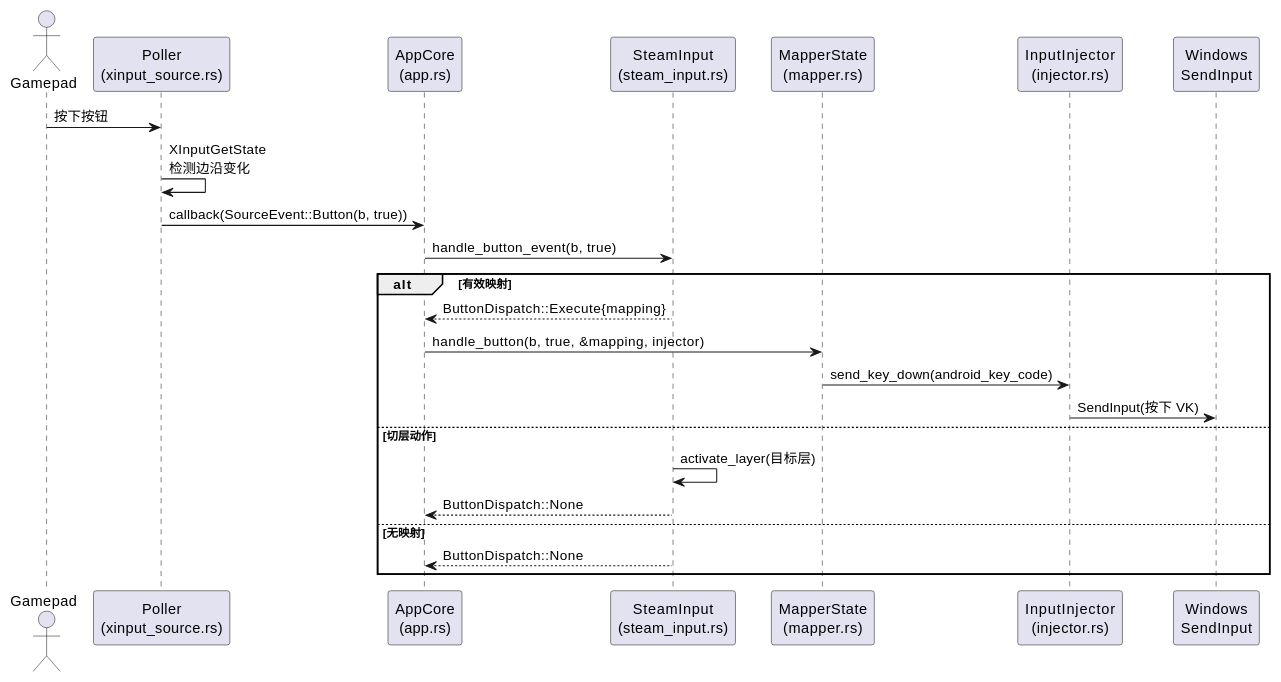
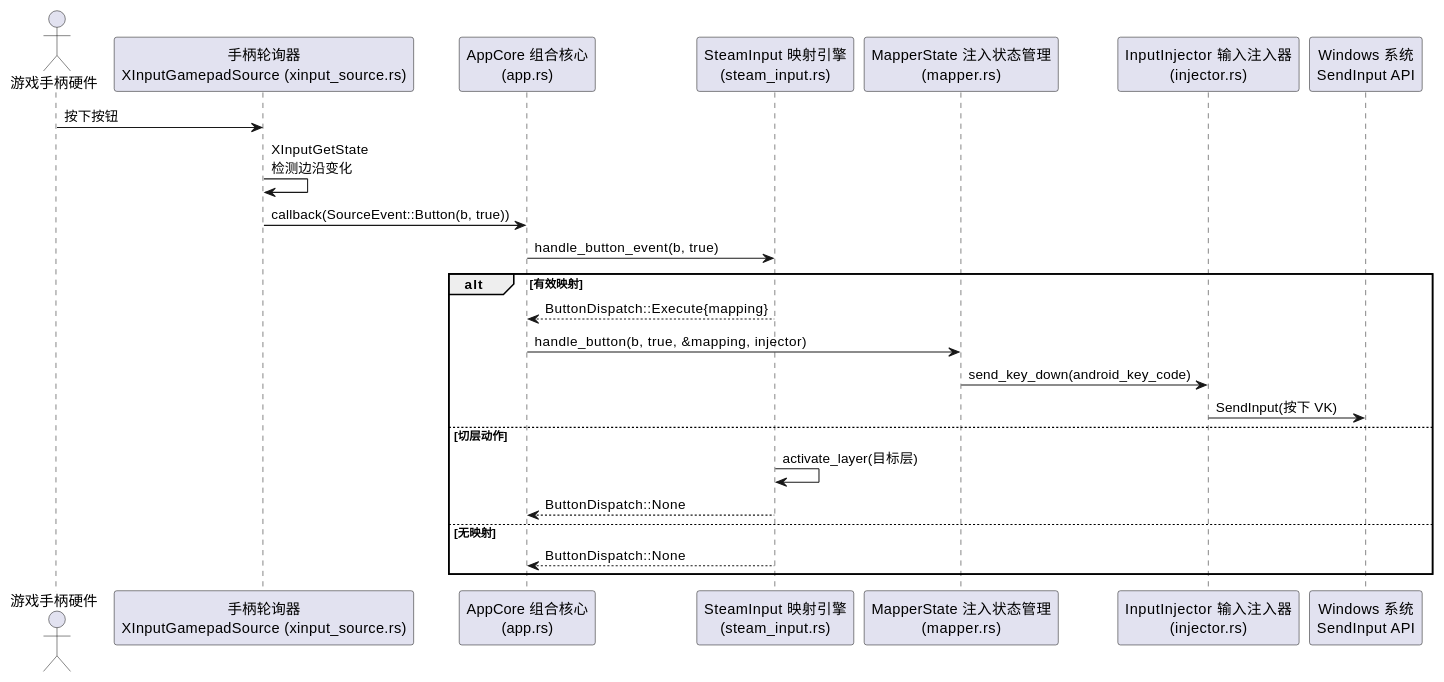
One commit to fwar34/GamepadControlerQt changed the sixth of 12 diagrams in GamepadControlerRustTauri/Tauri.md. Above: the diagram before and after it, drawn with PlantUML. The commit also changed other lines of this file, not shown here.

First line of the commit message:
docs: 更新Tauri架构文档中的UML图

````diff
--- a/GamepadControlerRustTauri/Tauri.md
+++ b/GamepadControlerRustTauri/Tauri.md
@@ -358,27 +358,27 @@
 ```plantuml
 @startuml
-actor Gamepad as G
-participant "Poller\n(xinput_source.rs)" as POLL
-participant "AppCore\n(app.rs)" as CORE
-participant "SteamInput\n(steam_input.rs)" as SI
-participant "MapperState\n(mapper.rs)" as MS
-participant "InputInjector\n(injector.rs)" as INJ
-participant "Windows\nSendInput" as WIN
+actor "游戏手柄硬件" as GamepadHW
+participant "手柄轮询器\nXInputGamepadSource (xinput_source.rs)" as GamepadPoller
+participant "AppCore 组合核心\n(app.rs)" as AppCore
+participant "SteamInput 映射引擎\n(steam_input.rs)" as SteamInput
+participant "MapperState 注入状态管理\n(mapper.rs)" as MapperState
+participant "InputInjector 输入注入器\n(injector.rs)" as InputInjector
+participant "Windows 系统\nSendInput API" as WindowsSys
 
-G -> POLL : 按下按钮
-POLL -> POLL : XInputGetState\n检测边沿变化
-POLL -> CORE : callback(SourceEvent::Button(b, true))
-CORE -> SI : handle_button_event(b, true)
+GamepadHW -> GamepadPoller : 按下按钮
+GamepadPoller -> GamepadPoller : XInputGetState\n检测边沿变化
+GamepadPoller -> AppCore : callback(SourceEvent::Button(b, true))
+AppCore -> SteamInput : handle_button_event(b, true)
 alt 有效映射
-  SI --> CORE : ButtonDispatch::Execute{mapping}
-  CORE -> MS : handle_button(b, true, &mapping, injector)
-  MS -> INJ : send_key_down(android_key_code)
-  INJ -> WIN : SendInput(按下 VK)
+  SteamInput --> AppCore : ButtonDispatch::Execute{mapping}
+  AppCore -> MapperState : handle_button(b, true, &mapping, injector)
+  MapperState -> InputInjector : send_key_down(android_key_code)
+  InputInjector -> WindowsSys : SendInput(按下 VK)
 else 切层动作
-  SI -> SI : activate_layer(目标层)
-  SI --> CORE : ButtonDispatch::None
+  SteamInput -> SteamInput : activate_layer(目标层)
+  SteamInput --> AppCore : ButtonDispatch::None
 else 无映射
-  SI --> CORE : ButtonDispatch::None
+  SteamInput --> AppCore : ButtonDispatch::None
 end
 @enduml
 ```
````
